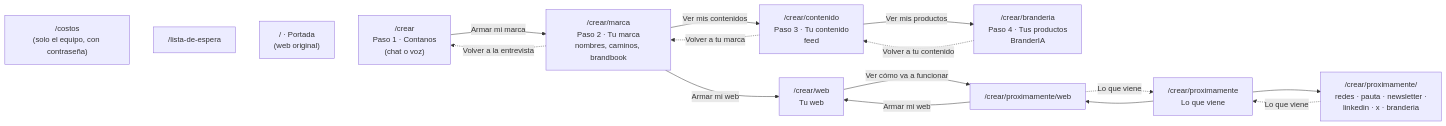
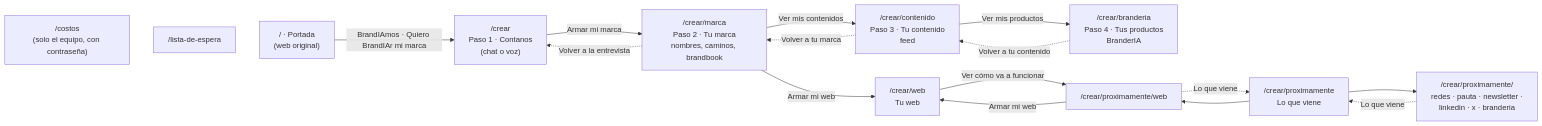
One commit to ezegarcia-crypto/build101 changed the diagram in equipo/paginas.md. Above: the diagram before and after it, drawn with Mermaid. The commit also changed other lines of this file, not shown here.

Commit message:
Registro de páginas: la portada ya lleva a /crear

````diff
--- a/equipo/paginas.md
+++ b/equipo/paginas.md
@@ -15,33 +16,33 @@
 ```mermaid
 flowchart LR
   portada["/ · Portada<br/>(web original)"]
   espera["/lista-de-espera"]
   crear["/crear<br/>Paso 1 · Contanos<br/>(chat o voz)"]
   marca["/crear/marca<br/>Paso 2 · Tu marca<br/>nombres, caminos, brandbook"]
   contenido["/crear/contenido<br/>Paso 3 · Tu contenido<br/>feed"]
   branderia["/crear/branderia<br/>Paso 4 · Tus productos<br/>BranderIA"]
   web["/crear/web<br/>Tu web"]
   prox["/crear/proximamente<br/>Lo que viene"]
   proxweb["/crear/proximamente/web"]
   proxotras["/crear/proximamente/<br/>redes · pauta · newsletter ·<br/>linkedin · x · branderia"]
   costos["/costos<br/>(solo el equipo, con contraseña)"]
 
   crear -->|Armar mi marca| marca
   marca -->|Ver mis contenidos| contenido
   marca -->|Armar mi web| web
   contenido -->|Ver mis productos| branderia
   web -->|Ver cómo va a funcionar| proxweb
   proxweb -->|Armar mi web| web
   prox --> proxweb
   prox --> proxotras
   proxotras -.->|Lo que viene| prox
   proxweb -.->|Lo que viene| prox
 
   marca -.->|Volver a la entrevista| crear
   contenido -.->|Volver a tu marca| marca
   branderia -.->|Volver a tu contenido| contenido
 
-  portada ~~~ crear
+  portada -->|BrandIAmos · Quiero BrandIAr mi marca| crear
   espera ~~~ portada
   costos ~~~ espera
 ```
````
